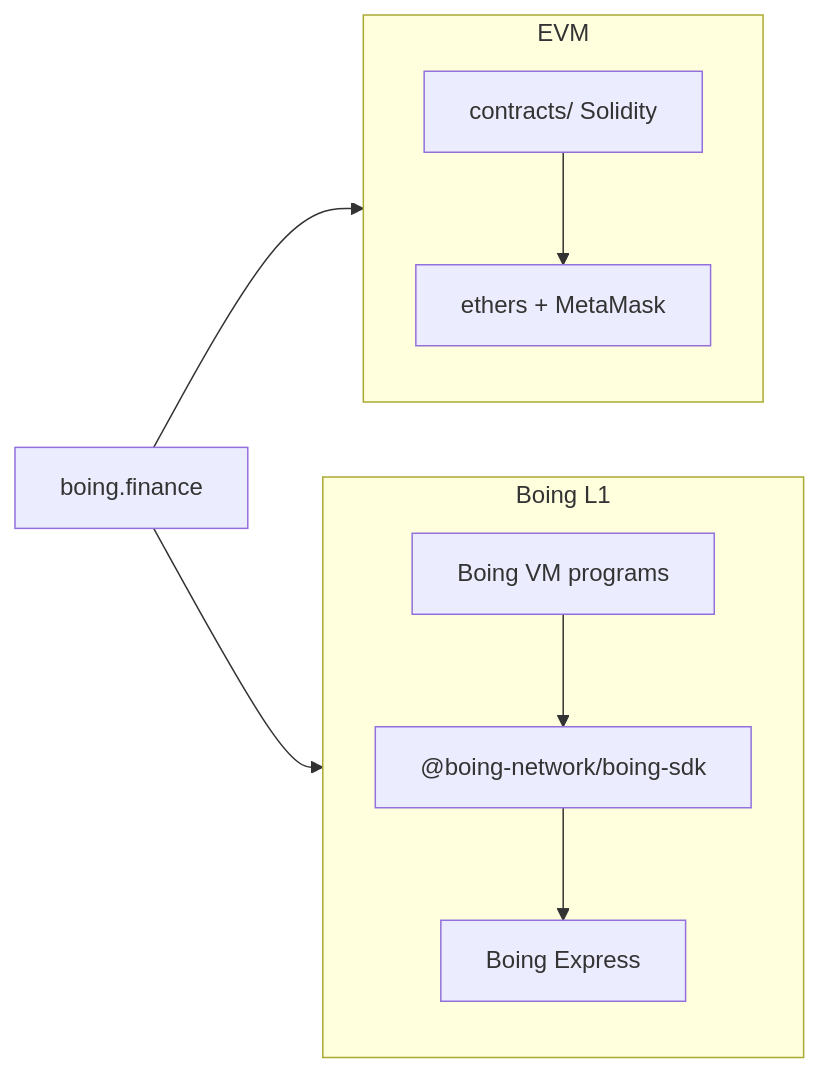
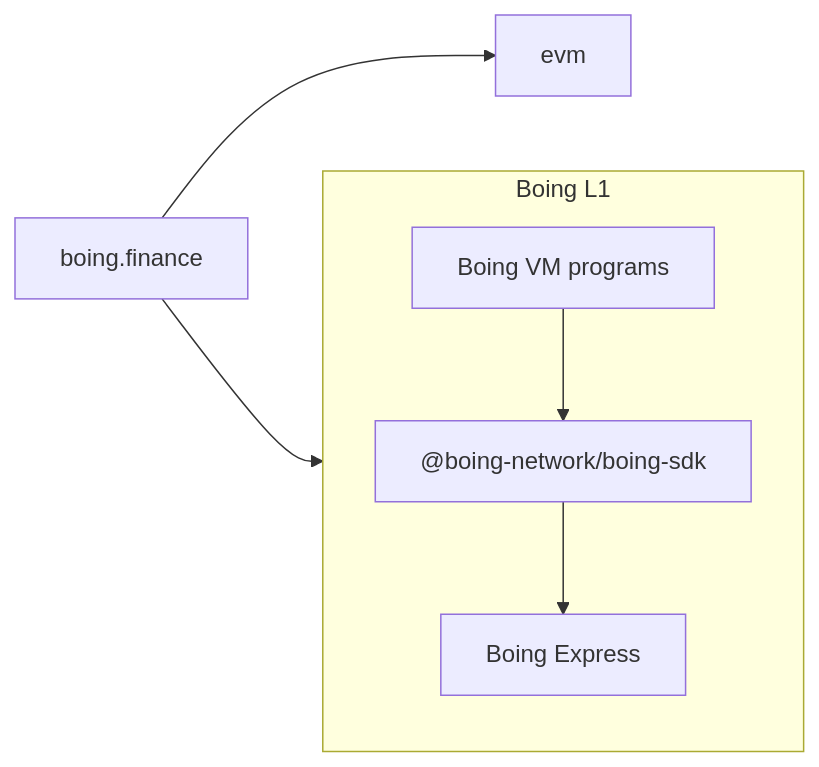
Before and after one commit to Boing-Network/boing.finance: the diagram in docs/native-dex.md, drawn with Mermaid. The commit also changed other lines of this file and 16 other files, not shown here.

````diff
--- a/docs/native-dex.md
+++ b/docs/native-dex.md
@@ -15,12 +14,9 @@
 ```mermaid
 flowchart LR
-  subgraph evm [EVM]
-    Sol[contracts/ Solidity] --> Eth[ethers + MetaMask]
-  end
   subgraph boing [Boing L1]
     VM[Boing VM programs] --> SDK["@boing-network/boing-sdk"]
     SDK --> Express[Boing Express]
   end
   App[boing.finance] --> evm
   App --> boing
 ```
````
